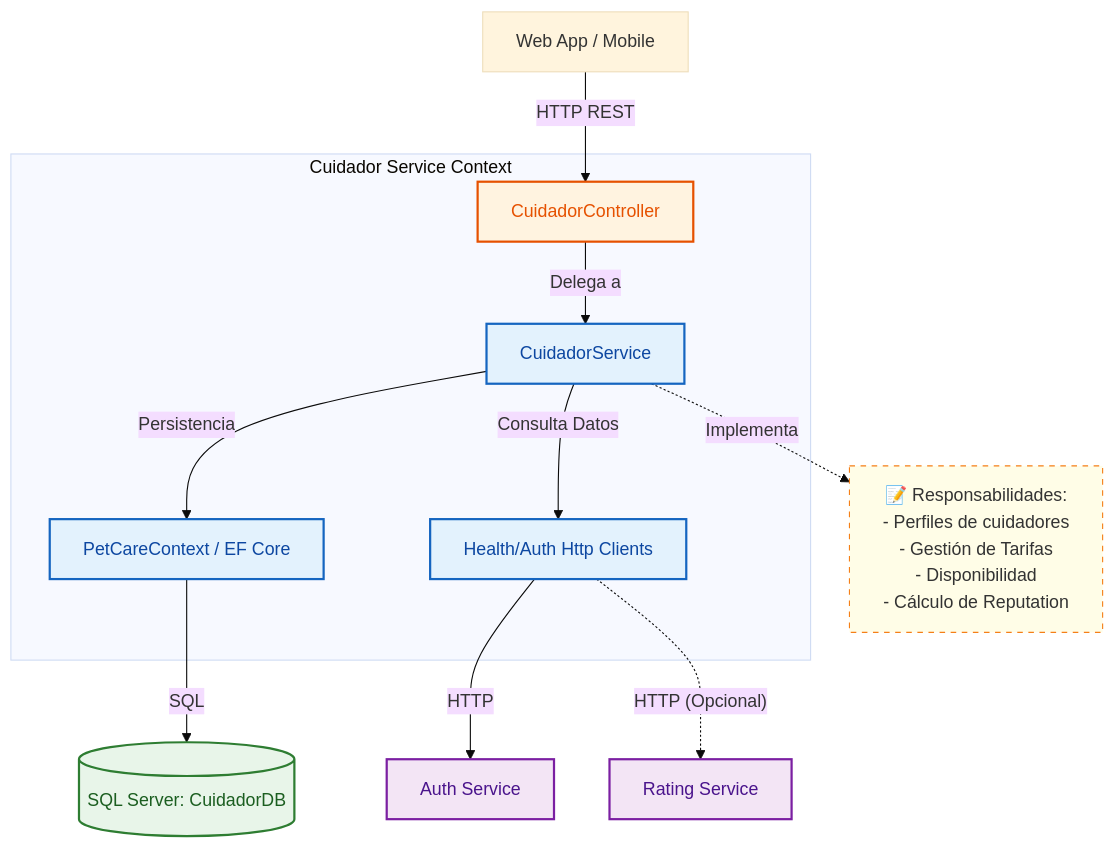
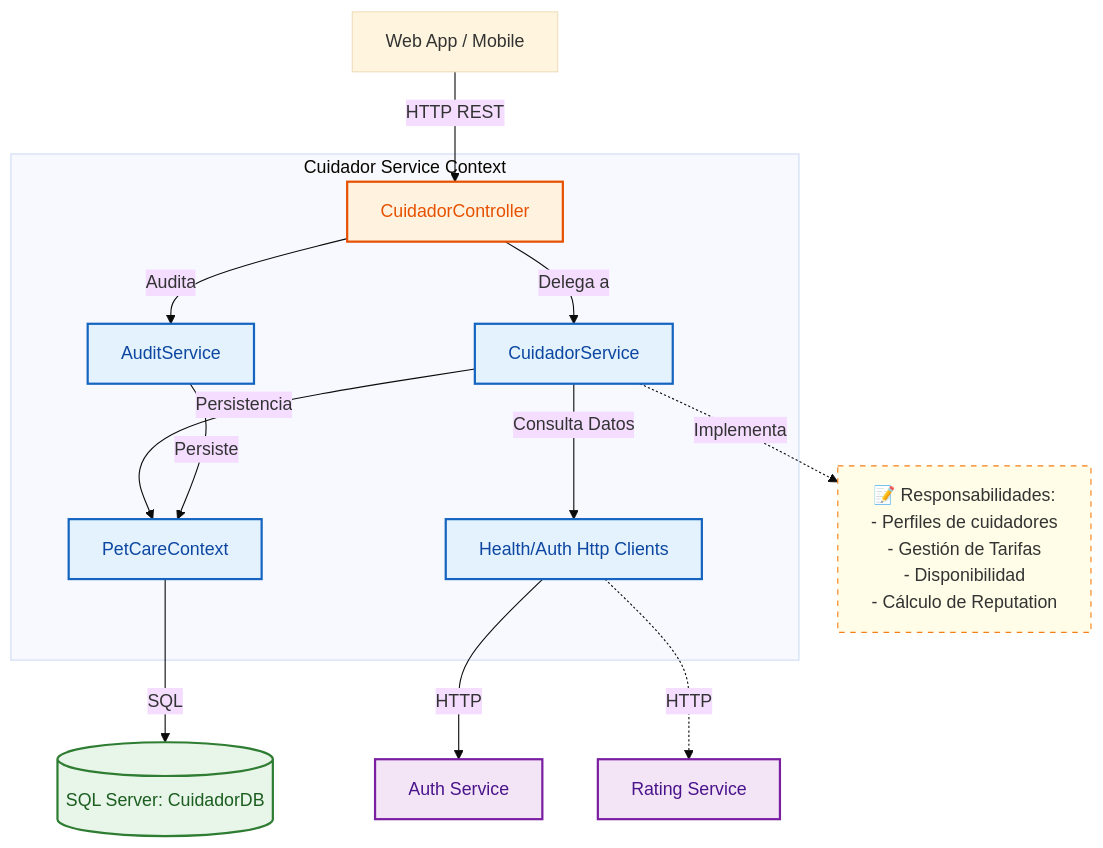
The first of 2 diagrams in backend/cuidador-service/README.md (WooshC/PetCare-DSS), drawn with Mermaid (base theme) before and after one commit. The commit also changed other lines of this file and 4 other files, not shown here.

````diff
--- a/backend/cuidador-service/README.md
+++ b/backend/cuidador-service/README.md
@@ -12,42 +12,46 @@
 ```mermaid
 graph TD
     %% Nodos externos
     User[Web App / Mobile]
     DB[(SQL Server: CuidadorDB)]
     AuthService[Auth Service]
     RatingService[Rating Service]
 
     subgraph "Cuidador Service Context"
         Controller[CuidadorController]
         Service[CuidadorService]
-        Repo[PetCareContext / EF Core]
+        Repo[PetCareContext]
         ApiClients[Health/Auth Http Clients]
+        Audit[AuditService]
     end
 
     %% Relaciones
     User -->|HTTP REST| Controller
     Controller -->|Delega a| Service
     Service -->|Persistencia| Repo
     Service -->|Consulta Datos| ApiClients
+    
+    Controller -- Audita --> Audit
+    Audit -- Persiste --> Repo
 
     Repo -->|SQL| DB
     ApiClients -->|HTTP| AuthService
-    ApiClients -.->|"HTTP (Opcional)"| RatingService
+    ApiClients -.->|HTTP| RatingService
 
     %% Nota como nodo
     ServiceNote["📝 Responsabilidades:<br/>- Perfiles de cuidadores<br/>- Gestión de Tarifas<br/>- Disponibilidad<br/>- Cálculo de Reputation"]
     Service -.->|Implementa| ServiceNote
 
     %% Estilos
     classDef component fill:#e3f2fd,stroke:#1565c0,stroke-width:2px,color:#0d47a1
     classDef db fill:#e8f5e9,stroke:#2e7d32,stroke-width:2px,color:#1b5e20
     classDef external fill:#f3e5f5,stroke:#7b1fa2,stroke-width:2px,color:#4a148c
     classDef api fill:#fff3e0,stroke:#e65100,stroke-width:2px,color:#e65100
     classDef note fill:#fffde7,stroke:#f57f17,stroke-width:1px,stroke-dasharray: 5 5,color:#333
 
-    class Service,Repo,ApiClients component
+    class Service,Repo,ApiClients,Audit component
     class DB db
     class AuthService,RatingService external
     class Controller api
     class ServiceNote note
 ```
````
